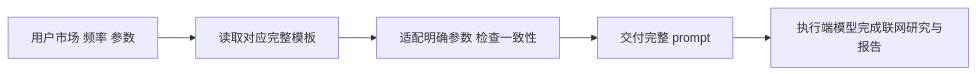
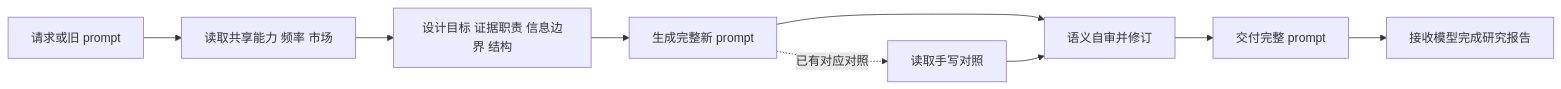
The diagram in design-docs/market-brief-skill-architecture.md (bitpunklabs/market-brief), drawn with Mermaid before and after one commit. The commit also changed other lines of this file and 9 other files, not shown here.

````diff
--- a/design-docs/market-brief-skill-architecture.md
+++ b/design-docs/market-brief-skill-architecture.md
@@ -25,7 +25,11 @@
 ```mermaid
 flowchart LR
-  A[用户市场 频率 参数] --> B[读取对应完整模板]
-  B --> C[适配明确参数 检查一致性]
-  C --> D[交付完整 prompt]
-  D --> E[执行端模型完成联网研究与报告]
+  A[请求或旧 prompt] --> B[读取共享能力 频率 市场]
+  B --> C[设计目标 证据职责 信息边界 结构]
+  C --> D[生成完整新 prompt]
+  D --> E[语义自审并修订]
+  E --> F[交付完整 prompt]
+  F --> G[接收模型完成研究报告]
+  D -. 已有对应对照 .-> H[读取手写对照]
+  H --> E
 ```
````
